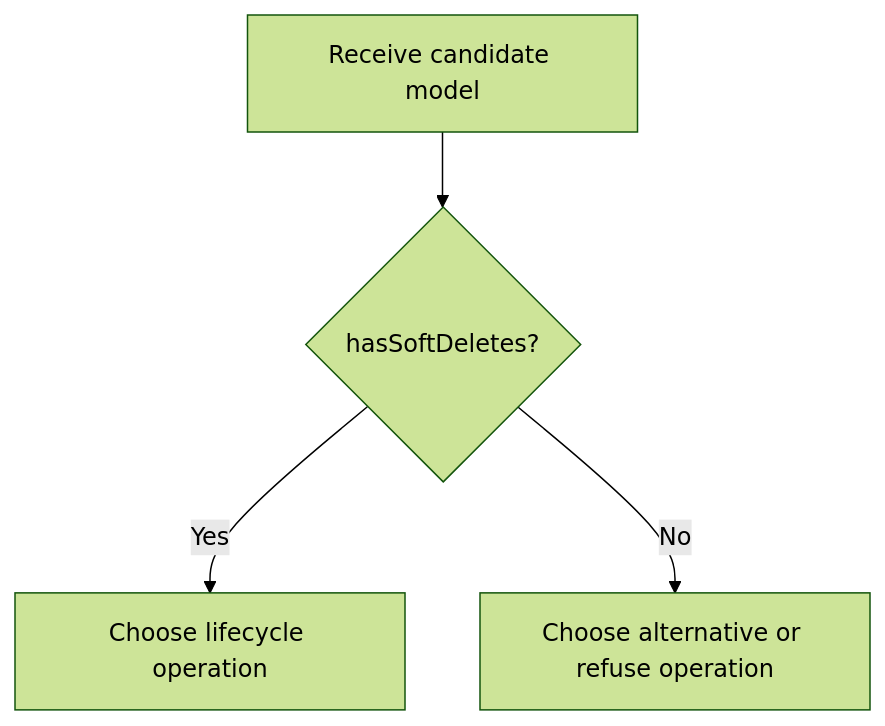
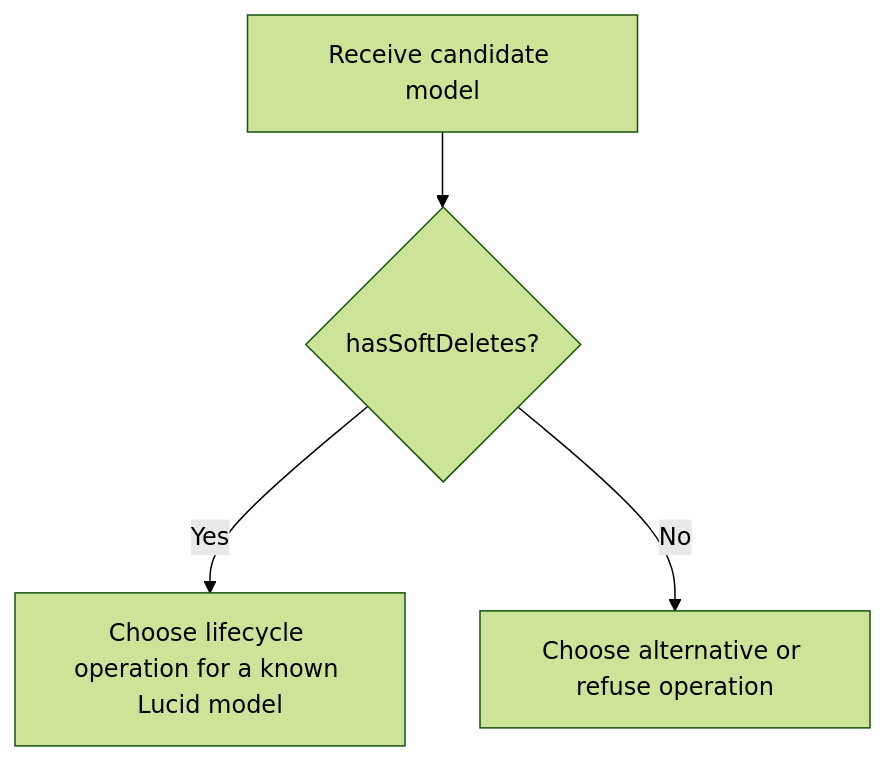
Before and after one commit to Kevinjohn/oss-adonisjs-lucid-soft-delete: the first of 2 diagrams in user-stories/integration/us-app-08-capability.md, drawn with Mermaid (forest theme). The commit also changed other lines of this file and 6 other files, not shown here.

````diff
--- a/user-stories/integration/us-app-08-capability.md
+++ b/user-stories/integration/us-app-08-capability.md
@@ -19,6 +19,6 @@
 ```mermaid
 flowchart TD
     A["Receive candidate model"] --> B{"hasSoftDeletes?"}
-    B -->|Yes| C["Choose lifecycle operation"]
+    B -->|Yes| C["Choose lifecycle operation for a known Lucid model"]
     B -->|No| D["Choose alternative or refuse operation"]
 ```
````
